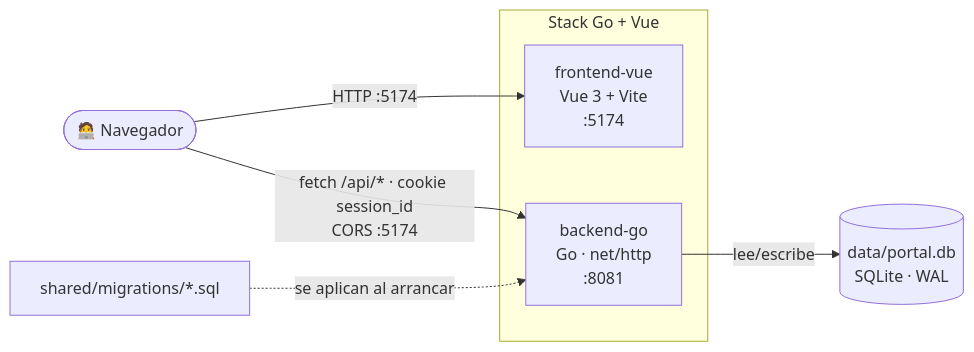
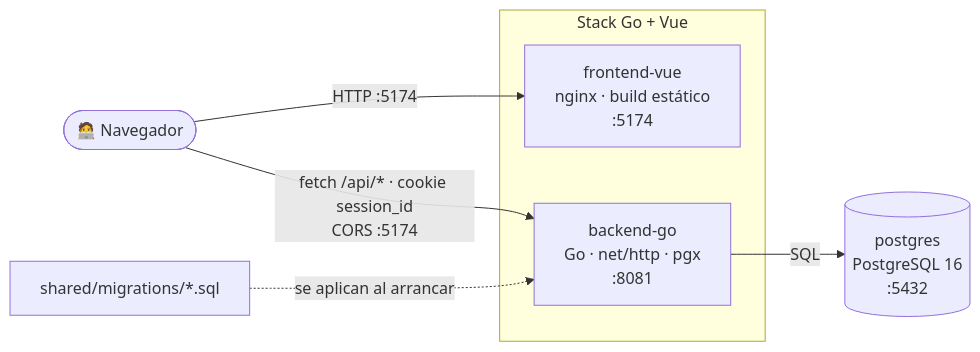
The second of 3 diagrams in README.md (dierodfer/demo-jam2), drawn with Mermaid before and after one commit. The commit also changed other lines of this file and 22 other files, not shown here.

````diff
--- a/README.md
+++ b/README.md
@@ -63,17 +71,17 @@
 ```mermaid
 flowchart LR
     navegador(["🧑‍💻 Navegador"])
 
     subgraph stack_go["Stack Go + Vue"]
-        vue["frontend-vue<br/>Vue 3 + Vite<br/>:5174"]
-        go["backend-go<br/>Go · net/http<br/>:8081"]
+        vue["frontend-vue<br/>nginx · build estático<br/>:5174"]
+        go["backend-go<br/>Go · net/http · pgx<br/>:8081"]
     end
 
-    db[("data/portal.db<br/>SQLite · WAL")]
+    db[("postgres<br/>PostgreSQL 16<br/>:5432")]
     migraciones["shared/migrations/*.sql"]
 
     navegador -->|"HTTP :5174"| vue
     navegador -->|"fetch /api/* · cookie session_id<br/>CORS :5174"| go
-    go -->|"lee/escribe"| db
+    go -->|"SQL"| db
     migraciones -.->|"se aplican al arrancar"| go
 ```
````
